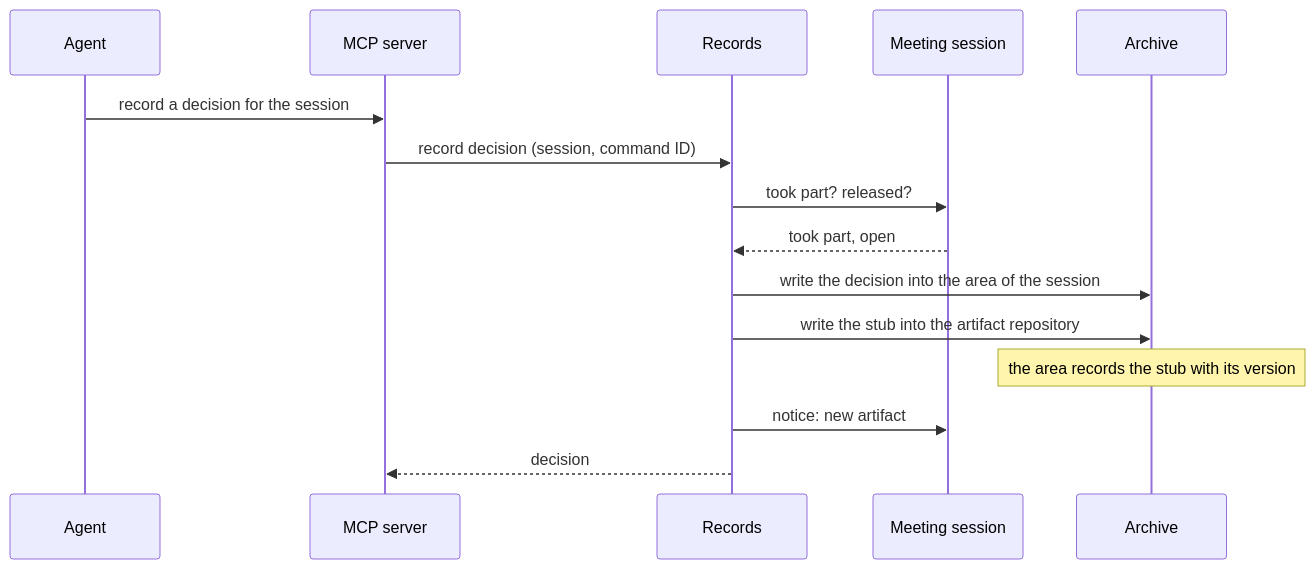
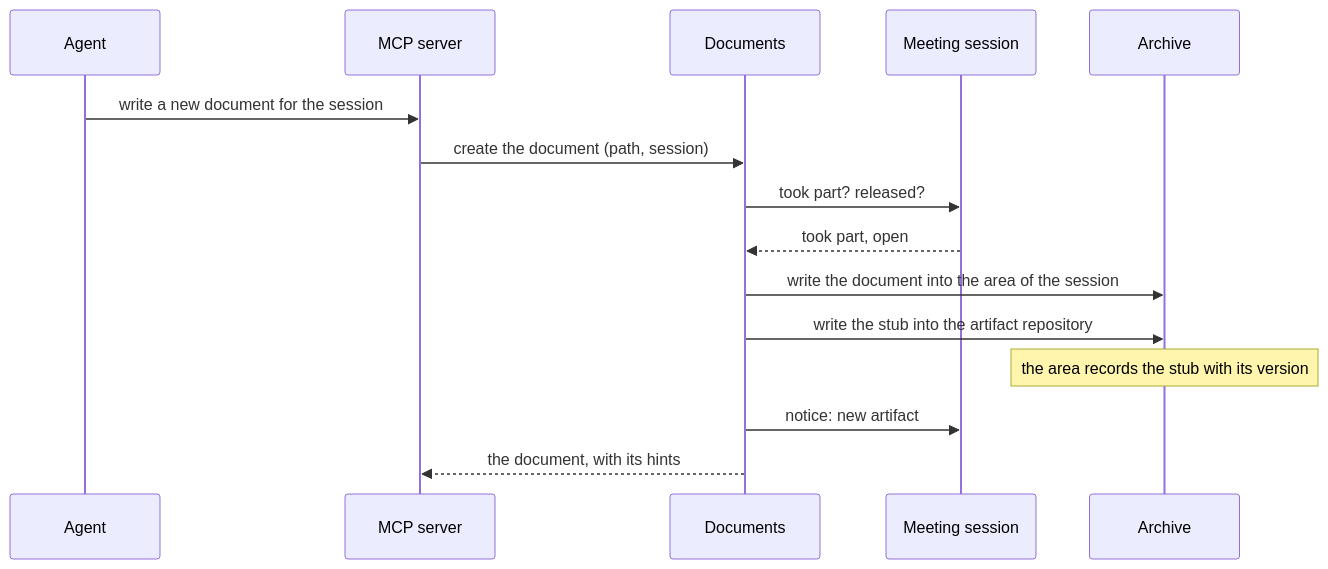
Diagram 13 of 20 in docs/architecture/06-runtime-view.arc42.md (mrsimpson/agentic-office), drawn with Mermaid before and after one commit. The commit also changed other lines of this file and 8 other files, not shown here.

First line of the commit message:
docs(architecture): second cleanup pass after review

````diff
--- a/docs/architecture/06-runtime-view.arc42.md
+++ b/docs/architecture/06-runtime-view.arc42.md
@@ -612,17 +612,17 @@
 ```mermaid
 sequenceDiagram
     participant actor_agent as Agent
     participant bb_mcp as MCP server
-    participant bb_records as Records
+    participant bb_documents as Documents
     participant bb_session as Meeting session
     participant bb_archive as Archive
-    actor_agent->>bb_mcp: record a decision for the session
-    bb_mcp->>bb_records: record decision (session, command ID)
-    bb_records->>bb_session: took part? released?
-    bb_session-->>bb_records: took part, open
-    bb_records->>bb_archive: write the decision into the area of the session
-    bb_records->>bb_archive: write the stub into the artifact repository
+    actor_agent->>bb_mcp: write a new document for the session
+    bb_mcp->>bb_documents: create the document (path, session)
+    bb_documents->>bb_session: took part? released?
+    bb_session-->>bb_documents: took part, open
+    bb_documents->>bb_archive: write the document into the area of the session
+    bb_documents->>bb_archive: write the stub into the artifact repository
     Note over bb_archive: the area records the stub with its version
-    bb_records->>bb_session: notice: new artifact
-    bb_records-->>bb_mcp: decision
+    bb_documents->>bb_session: notice: new artifact
+    bb_documents-->>bb_mcp: the document, with its hints
 ```
````
